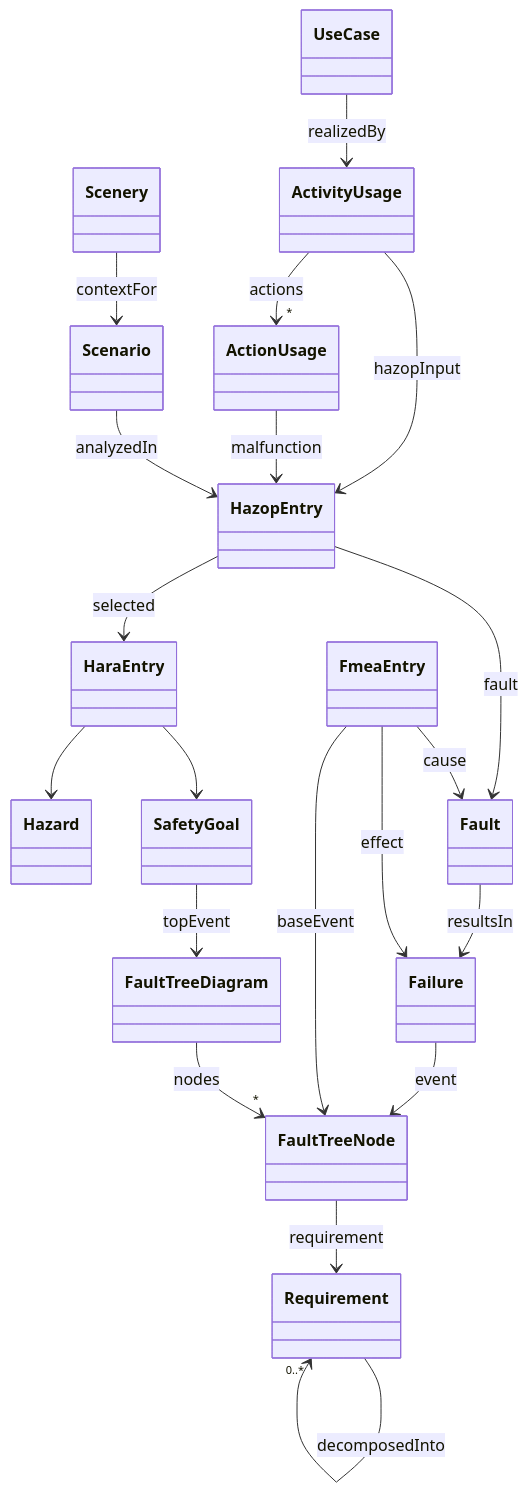
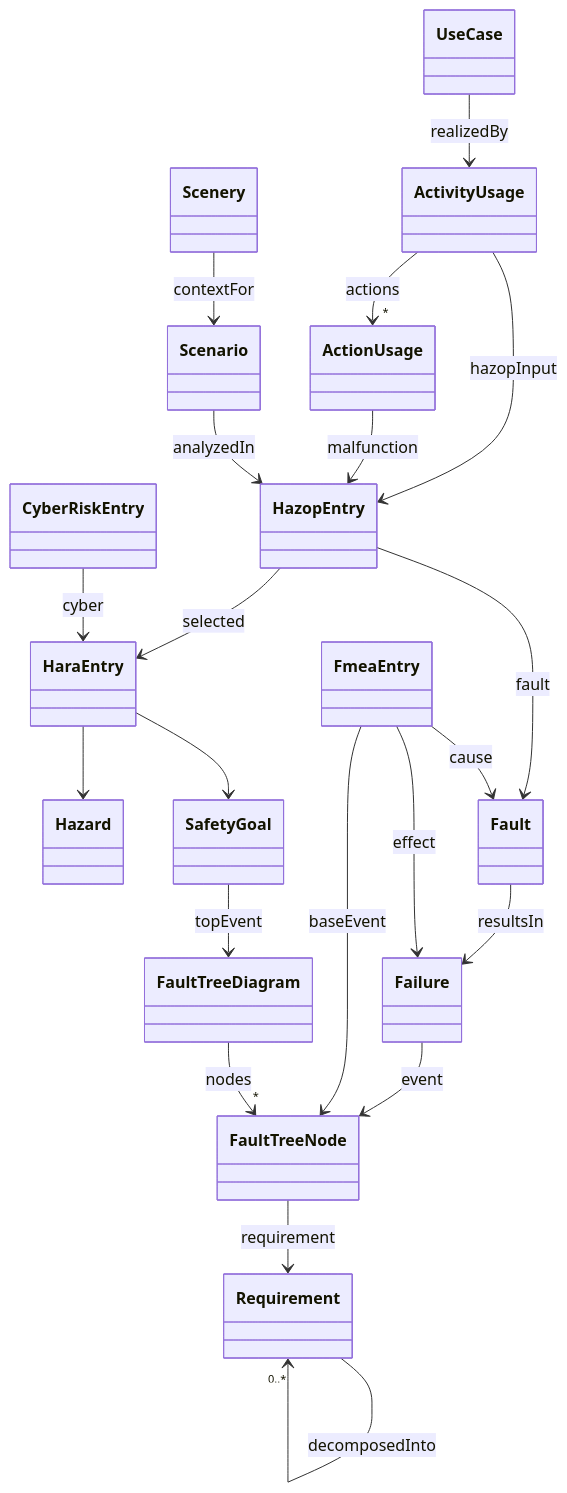
The ninth of 36 diagrams in README.md (MelkorBalrog/AutoSafeguard-Analyzer), drawn with Mermaid before and after one commit. The commit also changed other lines of this file, not shown here.

Commit message:
docs: link cyber risk to safety risk assessment

````diff
--- a/README.md
+++ b/README.md
@@ -469,37 +556,39 @@
 ```mermaid
 classDiagram
     class UseCase
     class ActivityUsage
     class ActionUsage
     class HazopEntry
     class Scenario
     class Scenery
     class HaraEntry
     class Hazard
     class SafetyGoal
     class FmeaEntry
     class FaultTreeDiagram
     class FaultTreeNode
     class Fault
     class Failure
     class Requirement
+    class CyberRiskEntry
     UseCase --> ActivityUsage : realizedBy
     ActivityUsage --> "*" ActionUsage : actions
     ActivityUsage --> HazopEntry : hazopInput
     ActionUsage --> HazopEntry : malfunction
     Scenario --> HazopEntry : analyzedIn
     Scenery --> Scenario : contextFor
     HazopEntry --> HaraEntry : selected
     HazopEntry --> Fault : fault
     Fault --> Failure : resultsIn
     FmeaEntry --> Fault : cause
     FmeaEntry --> Failure : effect
     Failure --> FaultTreeNode : event
+    CyberRiskEntry --> HaraEntry : cyber
     HaraEntry --> Hazard
     HaraEntry --> SafetyGoal
     SafetyGoal --> FaultTreeDiagram : topEvent
     FmeaEntry --> FaultTreeNode : baseEvent
     FaultTreeDiagram --> "*" FaultTreeNode : nodes
     FaultTreeNode --> Requirement : requirement
     Requirement --> "0..*" Requirement : decomposedInto
 ```
````
